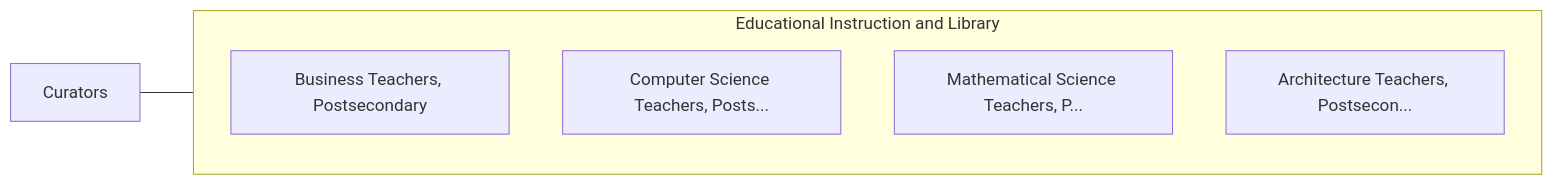
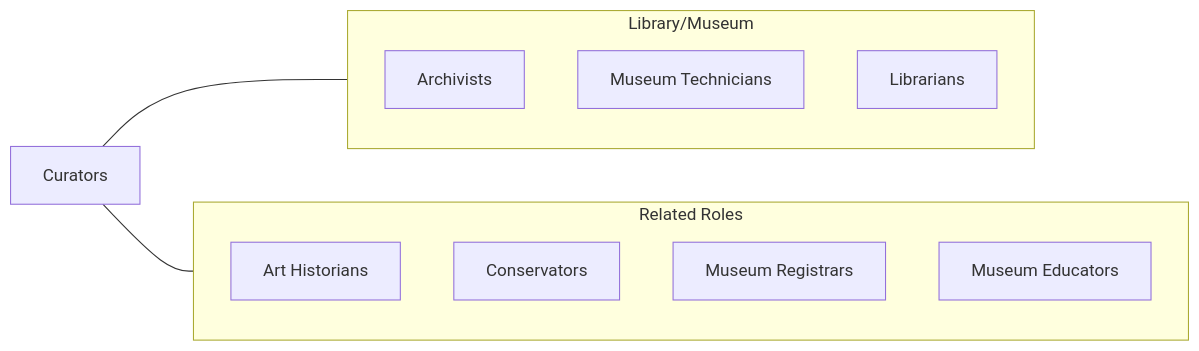
Before and after one commit to kziemski/business.org.ai: the fourth of 4 diagrams in occupations/Education/Curators.mdx, drawn with Mermaid. The commit also changed other lines of this file and 938 other files, not shown here.

````diff
--- a/occupations/Education/Curators.mdx
+++ b/occupations/Education/Curators.mdx
@@ -127,13 +168,20 @@
 ```mermaid
 graph LR
     Current["Curators"]
 
-    subgraph SameCategory["Educational Instruction and Library"]
-        BusinessTeachersPost["Business Teachers, Postsecondary"]
-        ComputerScienceTeach["Computer Science Teachers, Posts..."]
-        MathematicalScienceT["Mathematical Science Teachers, P..."]
-        ArchitectureTeachers["Architecture Teachers, Postsecon..."]
+    subgraph SameCategory["Library/Museum"]
+        Archivists["Archivists"]
+        MuseumTech["Museum Technicians"]
+        Librarians["Librarians"]
+    end
+
+    subgraph CrossFunctional["Related Roles"]
+        ArtHistorians["Art Historians"]
+        Conservators["Conservators"]
+        Registrars["Museum Registrars"]
+        Educators["Museum Educators"]
     end
 
     Current --- SameCategory
+    Current --- CrossFunctional
 ```
````
